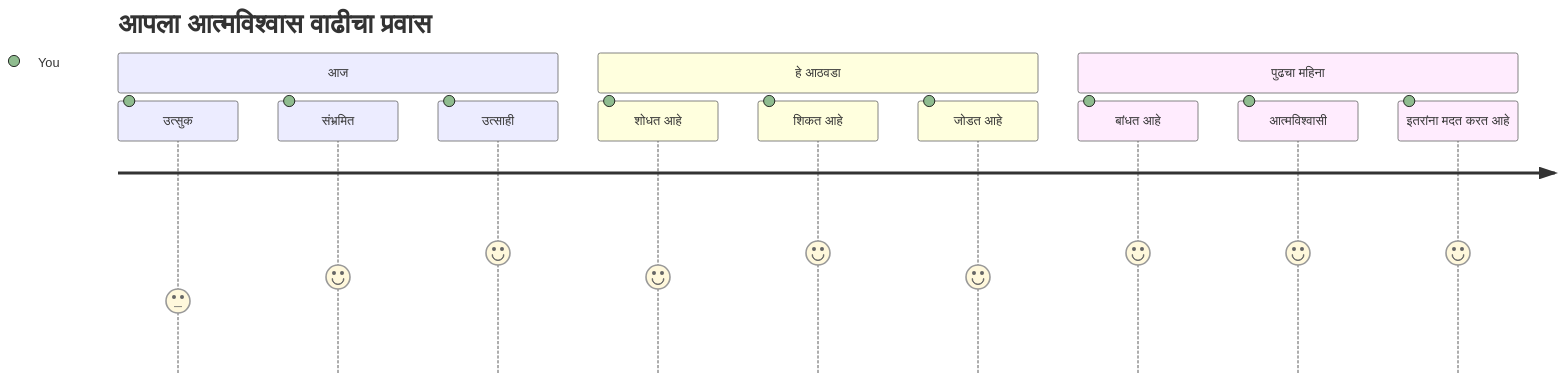
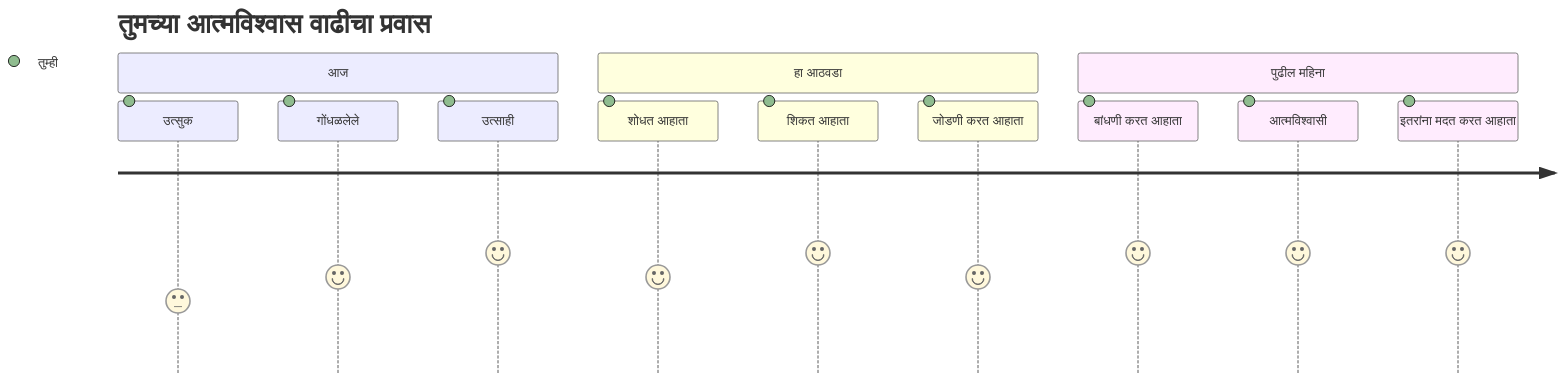
The seventh of 7 diagrams in translations/mr/1-getting-started-lessons/1-intro-to-programming-languages/README.md (microsoft/Web-Dev-For-Beginners), drawn with Mermaid before and after one commit. The commit also changed other lines of this file and 11 other files, not shown here.

````diff
--- a/translations/mr/1-getting-started-lessons/1-intro-to-programming-languages/README.md
+++ b/translations/mr/1-getting-started-lessons/1-intro-to-programming-languages/README.md
@@ -827,16 +826,16 @@
 ```mermaid
 journey
-    title आपला आत्मविश्वास वाढीचा प्रवास
+    title तुमच्या आत्मविश्वास वाढीचा प्रवास
     section आज
-      उत्सुक: 3: You
-      संभ्रमित: 4: You
-      उत्साही: 5: You
-    section हे आठवडा
-      शोधत आहे: 4: You
-      शिकत आहे: 5: You
-      जोडत आहे: 4: You
-    section पुढचा महिना
-      बांधत आहे: 5: You
-      आत्मविश्वासी: 5: You
-      इतरांना मदत करत आहे: 5: You
+      उत्सुक: 3: तुम्ही
+      गोंधळलेले: 4: तुम्ही
+      उत्साही: 5: तुम्ही
+    section हा आठवडा
+      शोधत आहाता: 4: तुम्ही
+      शिकत आहाता: 5: तुम्ही
+      जोडणी करत आहाता: 4: तुम्ही
+    section पुढील महिना
+      बांधणी करत आहाता: 5: तुम्ही
+      आत्मविश्वासी: 5: तुम्ही
+      इतरांना मदत करत आहाता: 5: तुम्ही
 ```
````
